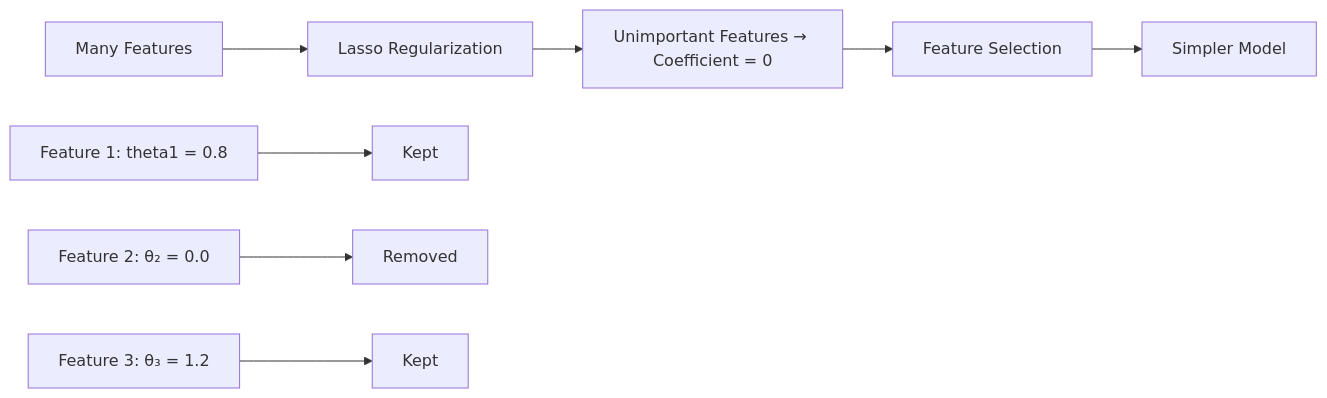
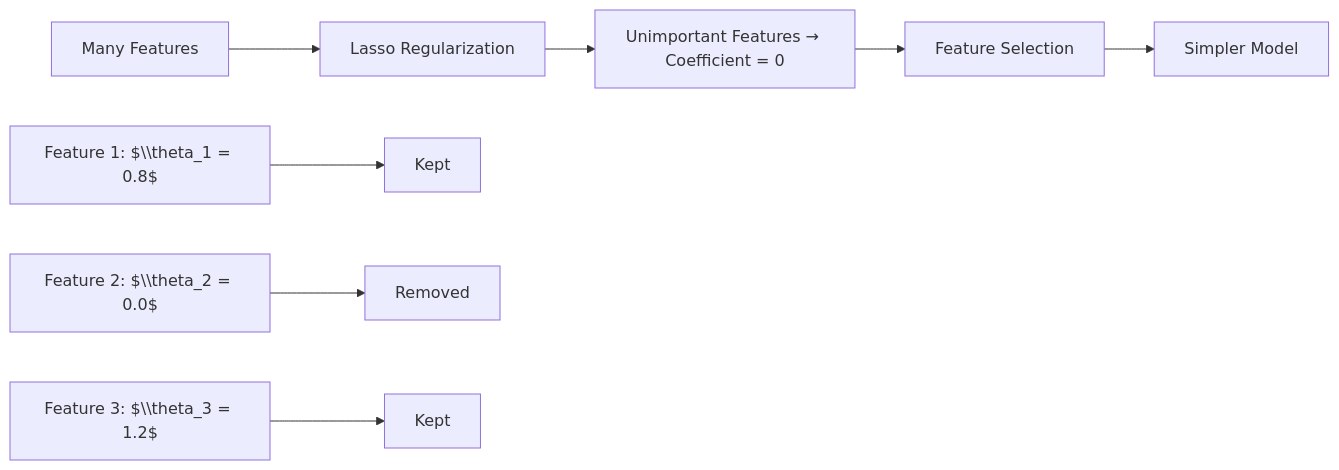
Before and after one commit to nishant-iith/Learning-AI-ML: the third of 4 diagrams in ML Revision/04-Ridge-and-Lasso-Regression.md, drawn with Mermaid. The commit also changed other lines of this file and 2 other files, not shown here.

````diff
--- a/ML Revision/04-Ridge-and-Lasso-Regression.md
+++ b/ML Revision/04-Ridge-and-Lasso-Regression.md
@@ -83,11 +79,11 @@
 ```mermaid
 flowchart LR
     A["Many Features"] --> B["Lasso Regularization"]
     B --> C["Unimportant Features → Coefficient = 0"]
     C --> D["Feature Selection"]
     D --> E["Simpler Model"]
 
-    F["Feature 1: theta1 = 0.8"] --> G["Kept"]
-    H["Feature 2: θ₂ = 0.0"] --> I["Removed"]
-    J["Feature 3: θ₃ = 1.2"] --> K["Kept"]
+    F["Feature 1: $\\theta_1 = 0.8$"] --> G["Kept"]
+    H["Feature 2: $\\theta_2 = 0.0$"] --> I["Removed"]
+    J["Feature 3: $\\theta_3 = 1.2$"] --> K["Kept"]
 ```
````
